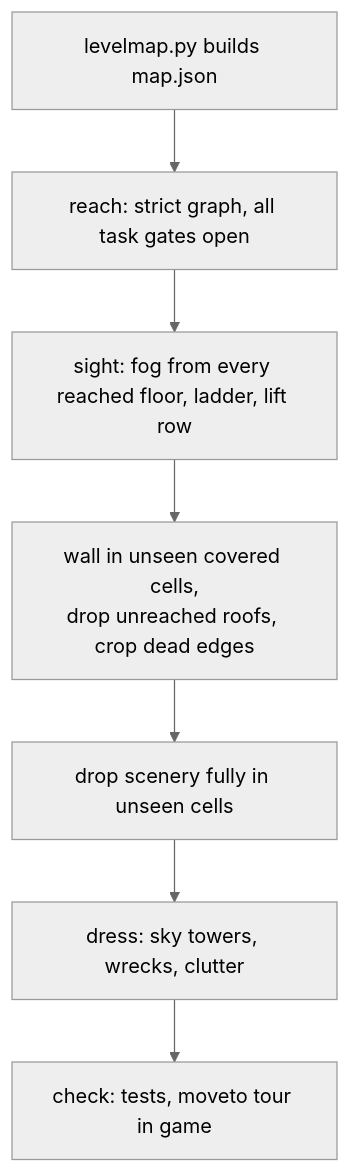
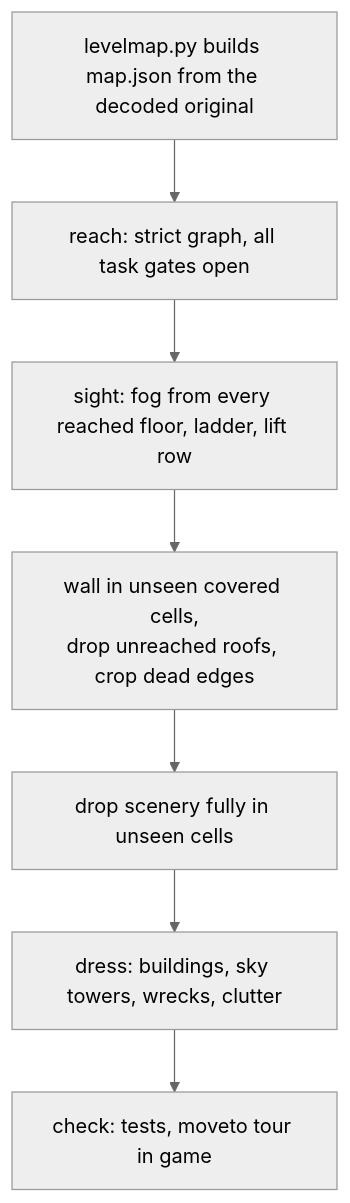
One commit to pilniczek/colony2080 changed the diagram in docs/blueprints/map-composition.md. Above: the diagram before and after it, drawn with Mermaid (neutral theme). The commit also changed other lines of this file and 1 other file, not shown here.

First line of the commit message:
Expand the map composition blueprint and tag each rule's source

````diff
--- a/docs/blueprints/map-composition.md
+++ b/docs/blueprints/map-composition.md
@@ -5,9 +16,9 @@
 ```mermaid
 flowchart TD
-  A[levelmap.py builds map.json] --> B[reach: strict graph, all task gates open]
+  A[levelmap.py builds map.json from the decoded original] --> B[reach: strict graph, all task gates open]
   B --> C[sight: fog from every reached floor, ladder, lift row]
   C --> D[wall in unseen covered cells,<br/>drop unreached roofs, crop dead edges]
   D --> E[drop scenery fully in unseen cells]
-  E --> F[dress: sky towers, wrecks, clutter]
+  E --> F[dress: buildings, sky towers, wrecks, clutter]
   F --> G[check: tests, moveto tour in game]
 ```
````
